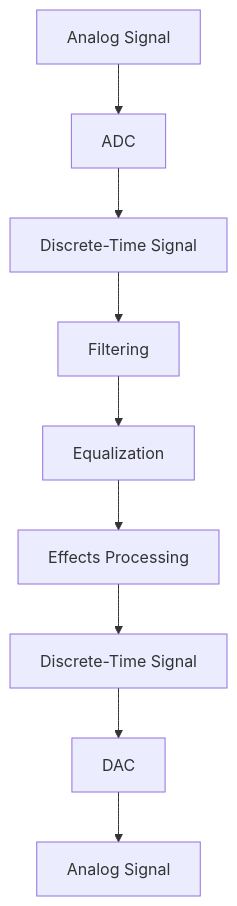
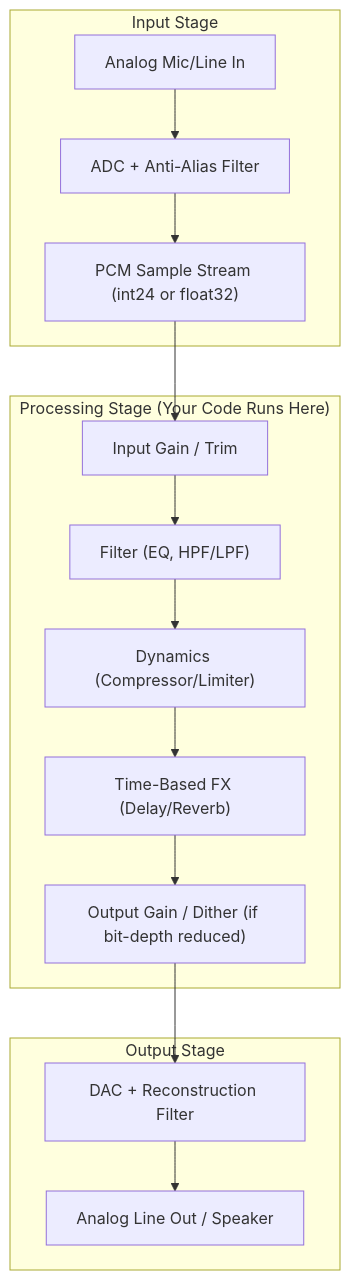
One commit to blebleblee/synapse changed the diagram in topics/arts/music_production/audio_dsp/lesson_01_digital_signal_processing.md. Above: the diagram before and after it, drawn with Mermaid. The commit also changed other lines of this file and 4 other files, not shown here.

````diff
--- a/topics/arts/music_production/audio_dsp/lesson_01_digital_signal_processing.md
+++ b/topics/arts/music_production/audio_dsp/lesson_01_digital_signal_processing.md
@@ -23,11 +19,18 @@
 ```mermaid
 graph TD;
-    A["Analog Signal"] --> B["ADC"];
-    B --> C["Discrete-Time Signal"];
-    C --> D["Filtering"];
-    D --> E["Equalization"];
-    E --> F["Effects Processing"];
-    F --> G["Discrete-Time Signal"];
-    G --> H["DAC"];
-    H --> I["Analog Signal"];
+    subgraph input_stage ["Input Stage"]
+        A["Analog Mic/Line In"] --> B["ADC + Anti-Alias Filter"];
+        B --> C["PCM Sample Stream (int24 or float32)"];
+    end
+    subgraph process_stage ["Processing Stage (Your Code Runs Here)"]
+        C --> D["Input Gain / Trim"];
+        D --> E["Filter (EQ, HPF/LPF)"];
+        E --> F["Dynamics (Compressor/Limiter)"];
+        F --> G["Time-Based FX (Delay/Reverb)"];
+        G --> H["Output Gain / Dither (if bit-depth reduced)"];
+    end
+    subgraph output_stage ["Output Stage"]
+        H --> I["DAC + Reconstruction Filter"];
+        I --> J["Analog Line Out / Speaker"];
+    end
 ```
````
